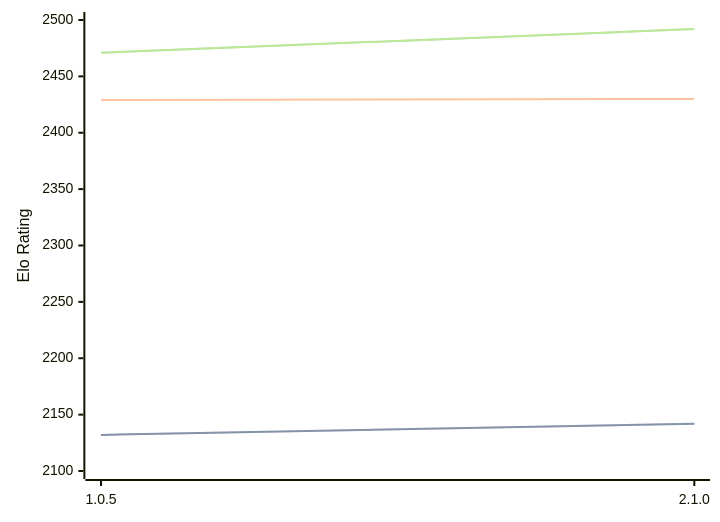
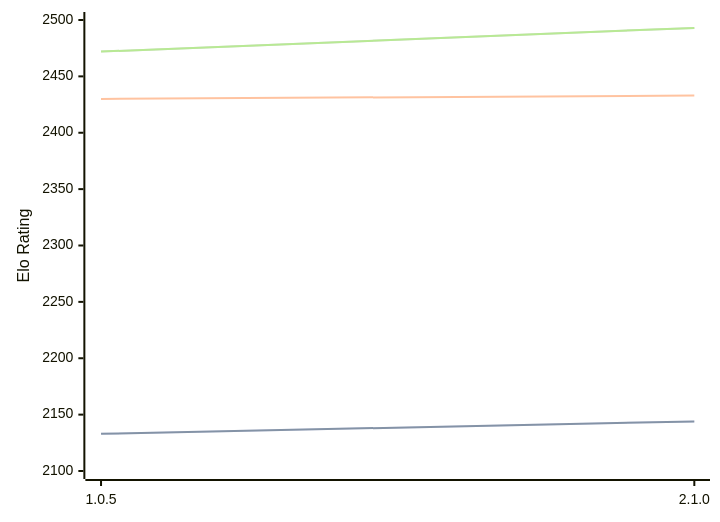
Before and after one commit to computer-chess-index/cci: the diagram in engines/Ruffian.md, drawn with Mermaid. The commit also changed other lines of this file, not shown here.

Commit message:
Update CCI Ratings (ELO VLTC) - 2026-08-09

````diff
--- a/engines/Ruffian.md
+++ b/engines/Ruffian.md
@@ -32,11 +32,11 @@
 ```mermaid
 %%{init: {"theme":"base","themeVariables":{"seriesColors:['#a3a3a3','#222221','#faa371']}}}%%
 xychart-beta
   x-axis ["1.0.5", "2.1.0"]
   y-axis "Elo Rating" 2100 --> 2500
-  line "STC (8.0+0.08s)" [2132, 2142]
-  line "STC (8.0+0.08s)" [2132, 2142]
-  line "LTC (60.0+0.60s)" [2429, 2430]
-  line "VLTC (2m24s+1.12s)" [2471, 2492]
-  line "VLTC (2m24s+1.12s)" [2471, 2492]
+  line "STC (8.0+0.08s)" [2133, 2144]
+  line "STC (8.0+0.08s)" [2133, 2144]
+  line "LTC (60.0+0.60s)" [2430, 2433]
+  line "VLTC (2m24s+1.12s)" [2472, 2493]
+  line "VLTC (2m24s+1.12s)" [2472, 2493]
 ```
````
